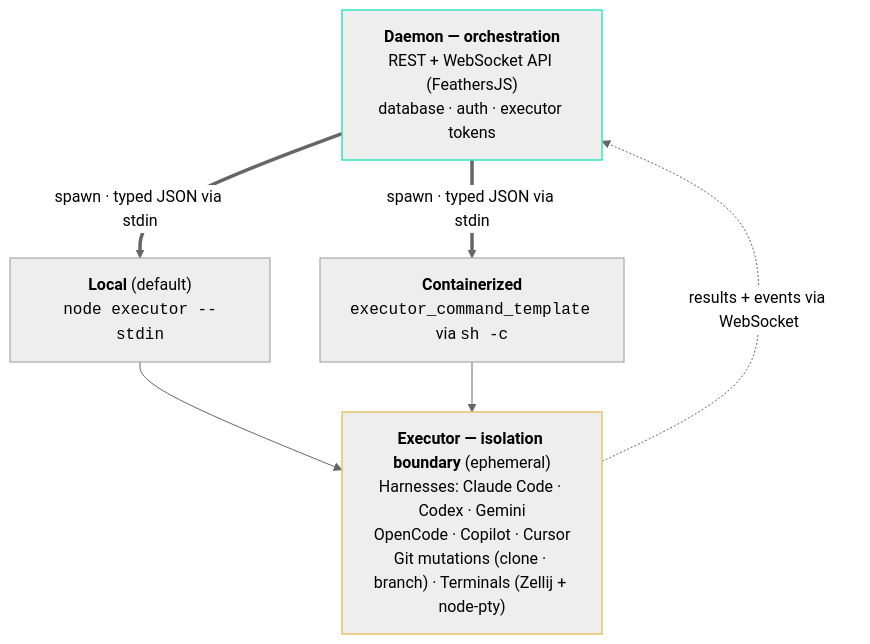
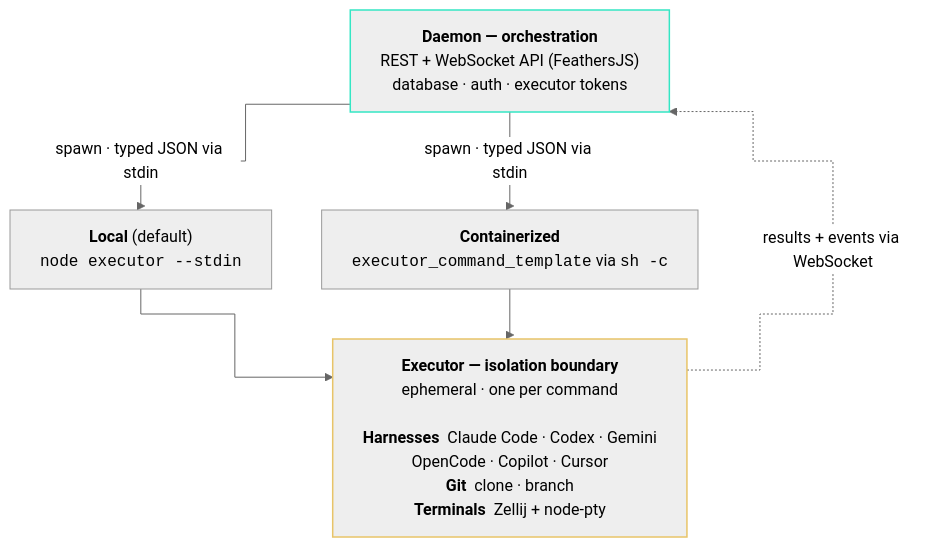
Before and after one commit to preset-io/agor: the diagram in apps/agor-docs/content/guide/containerized-execution.mdx, drawn with Mermaid (neutral theme).

Commit message:
docs(executor): tidy mermaid — uniform 90° edges, cleaner node labels
- All edges uniform thin arrows with hard 90° corners (curve: step,
  dropped the thick ==> spawn edges) so widths/arrowheads match.
- Widen wrappingWidth (340) so the explicit line breaks are respected
  instead of text wrapping mid-list.
- Executor node uses bold category labels (Harnesses / Git / Terminals)
  so the "·" separators stay within a group instead of running the
  whole responsibility list together.

````diff
--- a/apps/agor-docs/content/guide/containerized-execution.mdx
+++ b/apps/agor-docs/content/guide/containerized-execution.mdx
@@ -21,18 +21,19 @@
 ```mermaid
+%%{init: {'flowchart': {'curve': 'step', 'wrappingWidth': 340}}}%%
 graph TB
     Daemon["<b>Daemon — orchestration</b><br/>REST + WebSocket API (FeathersJS)<br/>database · auth · executor tokens"]
     Local["<b>Local</b> (default)<br/><code>node executor --stdin</code>"]
     Remote["<b>Containerized</b><br/><code>executor_command_template</code> via <code>sh -c</code>"]
-    Executor["<b>Executor — isolation boundary</b> (ephemeral)<br/>Harnesses: Claude Code · Codex · Gemini<br/>OpenCode · Copilot · Cursor<br/>Git mutations (clone · branch) · Terminals (Zellij + node-pty)"]
+    Executor["<b>Executor — isolation boundary</b><br/>ephemeral · one per command<br/>&nbsp;<br/><b>Harnesses</b>&nbsp; Claude Code · Codex · Gemini<br/>OpenCode · Copilot · Cursor<br/><b>Git</b>&nbsp; clone · branch<br/><b>Terminals</b>&nbsp; Zellij + node-pty"]
 
-    Daemon ==>|"spawn · typed JSON via stdin"| Local
-    Daemon ==>|"spawn · typed JSON via stdin"| Remote
+    Daemon -->|"spawn · typed JSON via stdin"| Local
+    Daemon -->|"spawn · typed JSON via stdin"| Remote
     Local --> Executor
     Remote --> Executor
     Executor -.->|"results + events via WebSocket"| Daemon
 
     classDef trusted stroke:#34e6c4,stroke-width:1.5px;
     classDef iso stroke:#e8c468,stroke-width:1.5px;
     class Daemon trusted;
     class Executor iso;
 ```
````
